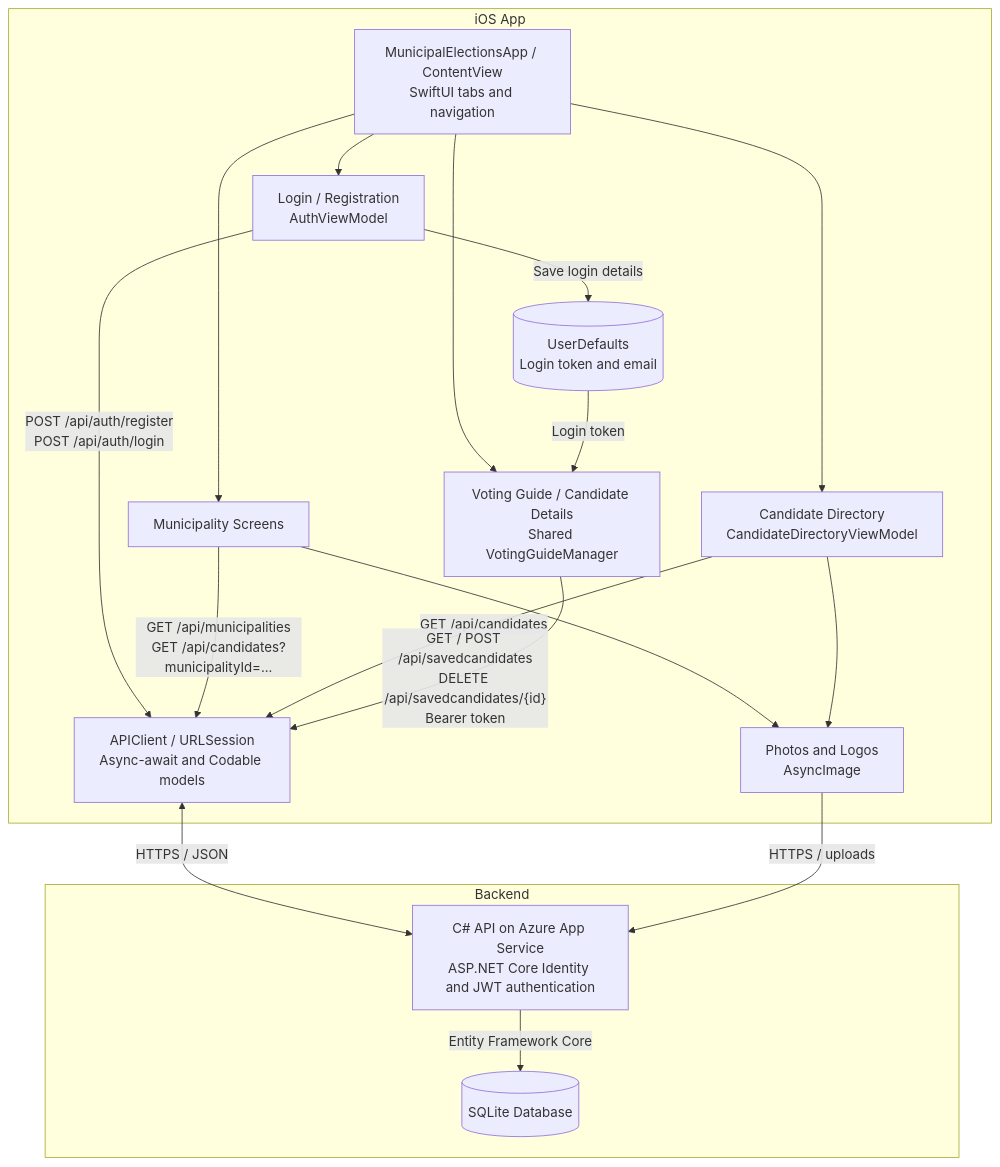
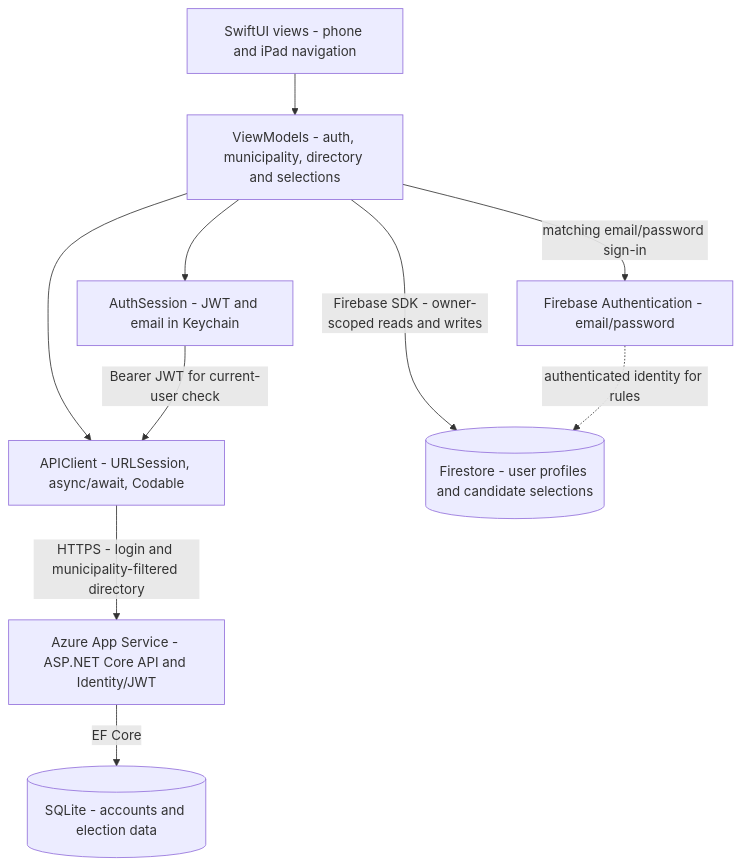
Before and after one commit to Bardia258/Assignment2-term4: the diagram in COMP4977-MunicipalElections-iOS/docs/architecture/ARCHITECTURE.md, drawn with Mermaid. The commit also changed other lines of this file and 347 other files, not shown here.

````diff
--- a/COMP4977-MunicipalElections-iOS/docs/architecture/ARCHITECTURE.md
+++ b/COMP4977-MunicipalElections-iOS/docs/architecture/ARCHITECTURE.md
@@ -1,37 +7,21 @@
 ```mermaid
 flowchart TD
-    subgraph iOS["iOS App"]
-        Tabs["MunicipalElectionsApp / ContentView<br/>SwiftUI tabs and navigation"]
-        Auth["Login / Registration<br/>AuthViewModel"]
-        Municipalities["Municipality Screens"]
-        Directory["Candidate Directory<br/>CandidateDirectoryViewModel"]
-        Guide["Voting Guide / Candidate Details<br/>Shared VotingGuideManager"]
-        Defaults[("UserDefaults<br/>Login token and email")]
-        Client["APIClient / URLSession<br/>Async-await and Codable models"]
-        Images["Photos and Logos<br/>AsyncImage"]
+    Views["SwiftUI views - phone and iPad navigation"]
+    VM["ViewModels - auth, municipality, directory and selections"]
+    Client["APIClient - URLSession, async/await, Codable"]
+    Session["AuthSession - JWT and email in Keychain"]
+    Api["Azure App Service - ASP.NET Core API and Identity/JWT"]
+    Sqlite[("SQLite - accounts and election data")]
+    Auth["Firebase Authentication - email/password"]
+    Firestore[("Firestore - user profiles and candidate selections")]
 
-        Tabs --> Auth
-        Tabs --> Municipalities
-        Tabs --> Directory
-        Tabs --> Guide
-        Auth -->|Save login details| Defaults
-        Defaults -->|Login token| Guide
-        Municipalities --> Images
-        Directory --> Images
-
-        Auth -->|"POST /api/auth/register<br/>POST /api/auth/login"| Client
-        Municipalities -->|"GET /api/municipalities<br/>GET /api/candidates?municipalityId=..."| Client
-        Directory -->|"GET /api/candidates"| Client
-        Guide -->|"GET / POST /api/savedcandidates<br/>DELETE /api/savedcandidates/{id}<br/>Bearer token"| Client
-    end
-
-    subgraph Backend["Backend"]
-        API["C# API on Azure App Service<br/>ASP.NET Core Identity and JWT authentication"]
-        Database[("SQLite Database")]
-
-        API -->|Entity Framework Core| Database
-    end
-
-    Client <-->|HTTPS / JSON| API
-    Images -->|HTTPS / uploads| API
+    Views --> VM
+    VM --> Client
+    VM --> Session
+    Session -->|Bearer JWT for current-user check| Client
+    Client -->|HTTPS - login and municipality-filtered directory| Api
+    Api -->|EF Core| Sqlite
+    VM -->|matching email/password sign-in| Auth
+    VM -->|Firebase SDK - owner-scoped reads and writes| Firestore
+    Auth -. authenticated identity for rules .-> Firestore
 ```
````
